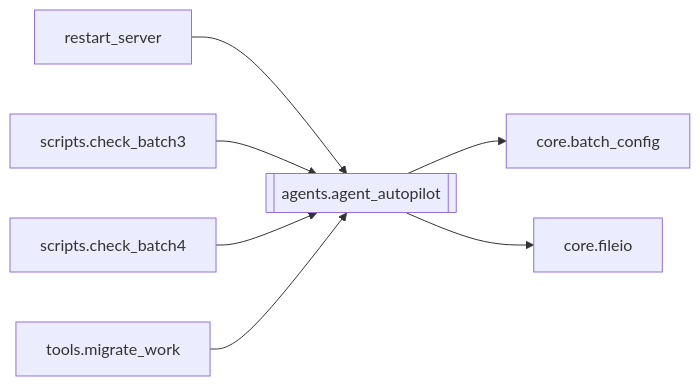
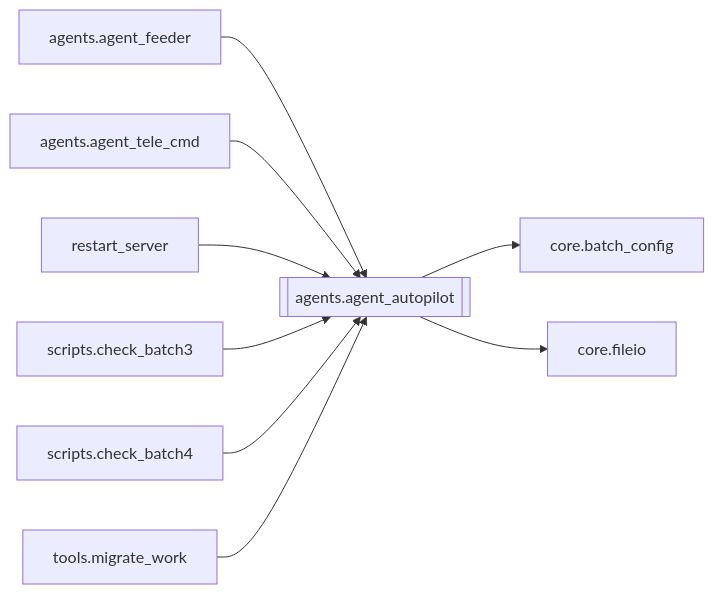
The diagram in docs/brain/modules/agents.agent_autopilot.md (kjza178/PinelineV5), drawn with Mermaid before and after one commit. The commit also changed other lines of this file and 227 other files, not shown here.

````diff
--- a/docs/brain/modules/agents.agent_autopilot.md
+++ b/docs/brain/modules/agents.agent_autopilot.md
@@ -18,10 +18,12 @@
 ```mermaid
 flowchart LR
   agents_agent_autopilot[[agents.agent_autopilot]]
+  agents_agent_feeder[agents.agent_feeder] --> agents_agent_autopilot
+  agents_agent_tele_cmd[agents.agent_tele_cmd] --> agents_agent_autopilot
   restart_server[restart_server] --> agents_agent_autopilot
   scripts_check_batch3[scripts.check_batch3] --> agents_agent_autopilot
   scripts_check_batch4[scripts.check_batch4] --> agents_agent_autopilot
   tools_migrate_work[tools.migrate_work] --> agents_agent_autopilot
   agents_agent_autopilot --> core_batch_config[core.batch_config]
   agents_agent_autopilot --> core_fileio[core.fileio]
 ```
````
